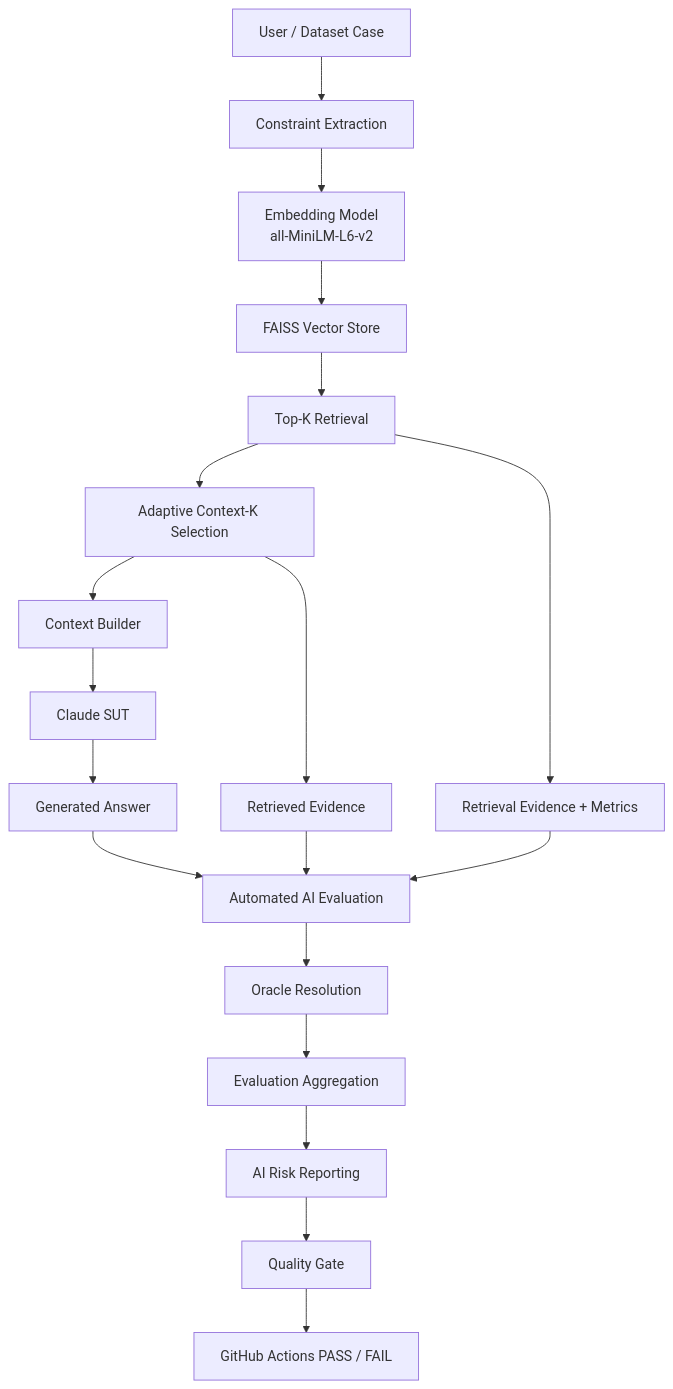
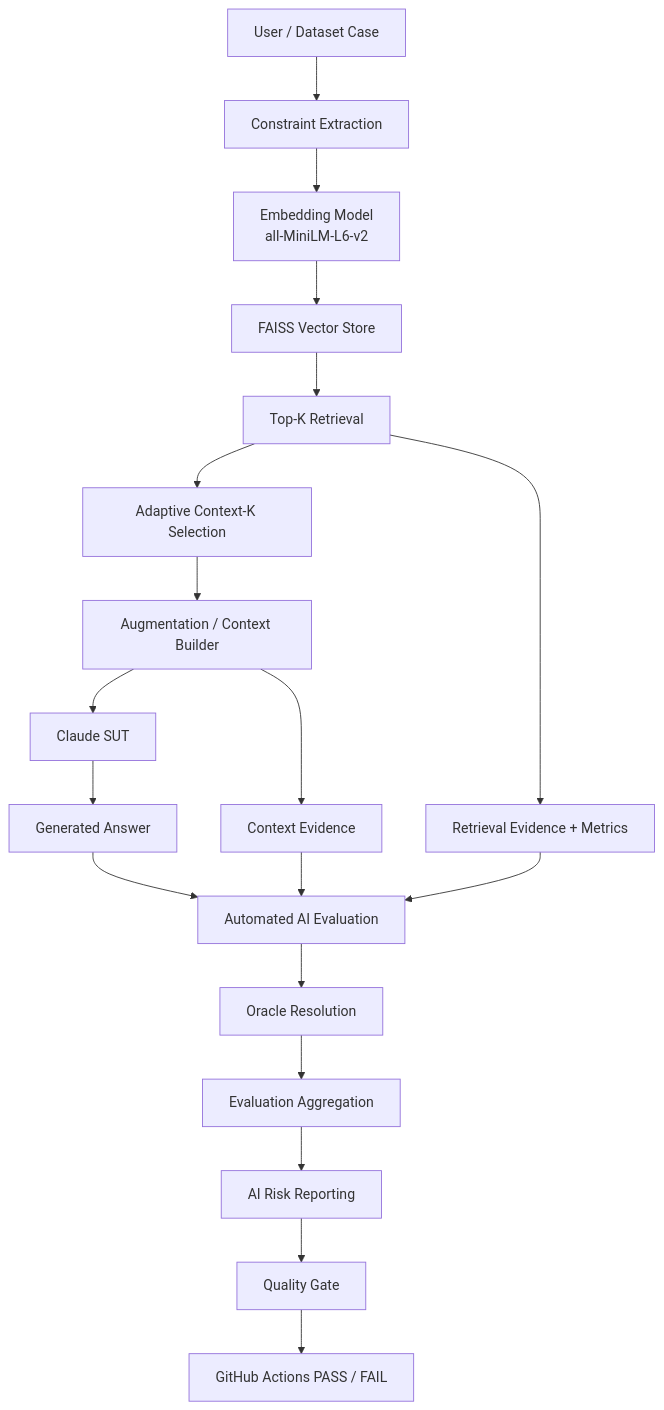
One commit to oleksandrserhieiev-beep/ai-qe-lab changed the first of 11 diagrams in docs/architecture.md. Above: the diagram before and after it, drawn with Mermaid. The commit also changed other lines of this file, not shown here.

Commit message:
Document deterministic assertion engine architecture

````diff
--- a/docs/architecture.md
+++ b/docs/architecture.md
@@ -11,23 +11,23 @@
 ```mermaid
 flowchart TD
     U[User / Dataset Case] --> C[Constraint Extraction]
     C --> E[Embedding Model\nall-MiniLM-L6-v2]
     E --> V[FAISS Vector Store]
     V --> R[Top-K Retrieval]
     R --> AK[Adaptive Context-K Selection]
-    AK --> B[Context Builder]
+    AK --> B[Augmentation / Context Builder]
     B --> S[Claude SUT]
     S --> A[Generated Answer]
 
     R --> RM[Retrieval Evidence + Metrics]
-    AK --> EV[Retrieved Evidence]
+    B --> CE[Context Evidence]
     A --> AE[Automated AI Evaluation]
     RM --> AE
-    EV --> AE
+    CE --> AE
 
     AE --> OR[Oracle Resolution]
     OR --> AGG[Evaluation Aggregation]
     AGG --> RR[AI Risk Reporting]
     RR --> G[Quality Gate]
     G --> CI[GitHub Actions PASS / FAIL]
 ```
````
